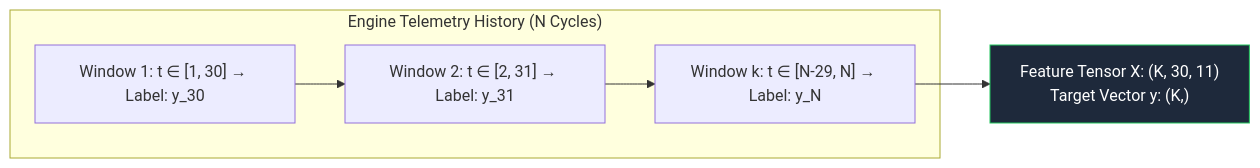
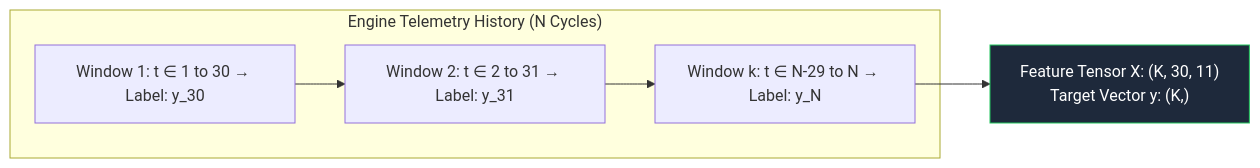
The first of 2 diagrams in docs/03_feature_engineering.md (nasim-raj-laskar/Engine-RUL-Forcasting-system), drawn with Mermaid before and after one commit. The commit also changed 3 other files, not shown here.

Commit message:
Broken Diagram Fixed

````diff
--- a/docs/03_feature_engineering.md
+++ b/docs/03_feature_engineering.md
@@ -13,12 +13,12 @@
 ```mermaid
 flowchart LR
     subgraph Timeseries["Engine Telemetry History (N Cycles)"]
-        W1["Window 1: t ∈ [1, 30] → Label: y_30"]
-        W2["Window 2: t ∈ [2, 31] → Label: y_31"]
-        WN["Window k: t ∈ [N-29, N] → Label: y_N"]
+        W1["Window 1: t ∈ 1 to 30 → Label: y_30"]
+        W2["Window 2: t ∈ 2 to 31 → Label: y_31"]
+        WN["Window k: t ∈ N-29 to N → Label: y_N"]
         W1 --> W2 --> WN
     end
 
     WN --> TENSOR["Feature Tensor X: (K, 30, 11)\nTarget Vector y: (K,)"]
     style TENSOR fill:#1e293b,stroke:#22c55e,color:#fff
 ```
````
